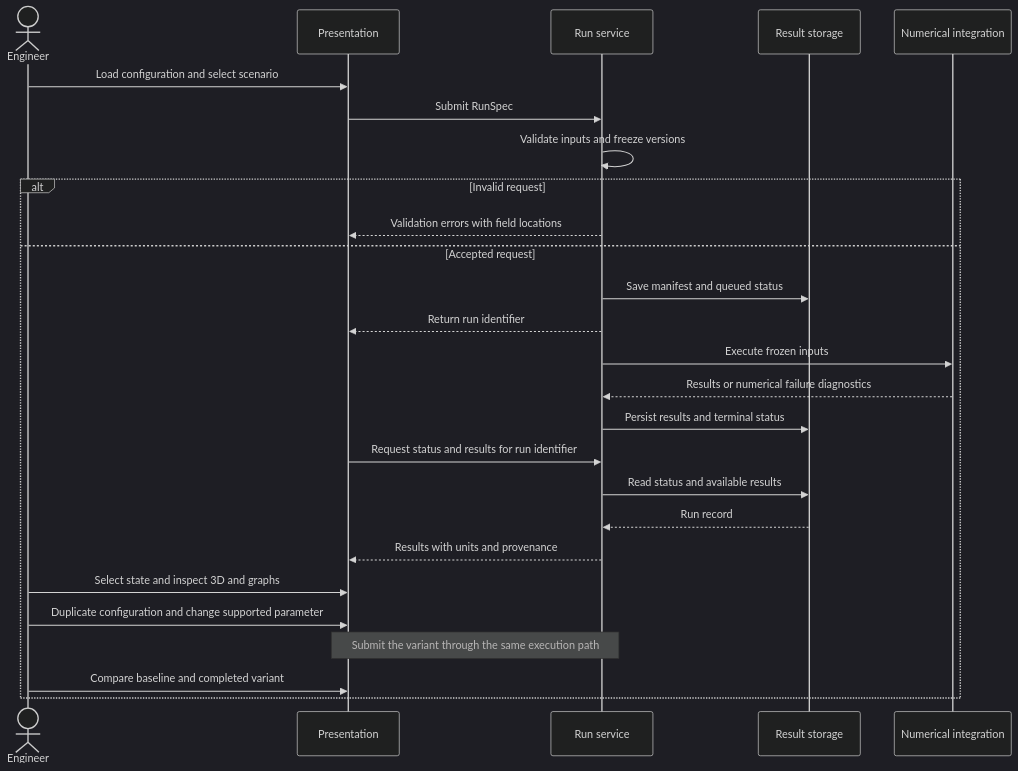
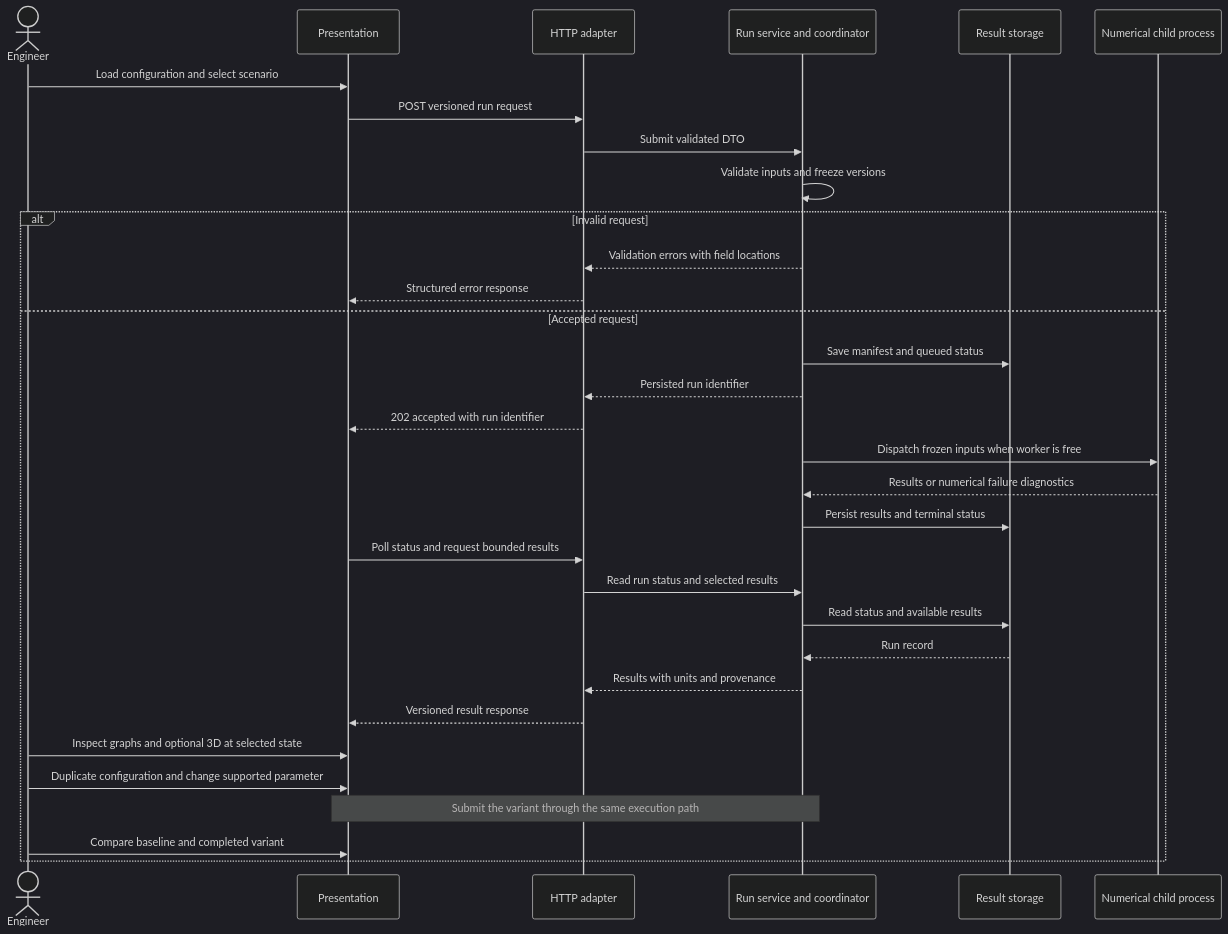
The third of 4 diagrams in docs/architecture/README.md (V-Twin-EIP/V-Twin), drawn with Mermaid (dark theme) before and after one commit. The commit also changed other lines of this file and 6 other files, not shown here.

Commit message:
docs: define local V1 architecture and replaceable engine contracts

````diff
--- a/docs/architecture/README.md
+++ b/docs/architecture/README.md
@@ -82,28 +106,34 @@
 ```mermaid
 sequenceDiagram
     actor Engineer
     participant UI as Presentation
-    participant App as Run service
+    participant API as HTTP adapter
+    participant App as Run service and coordinator
     participant Store as Result storage
-    participant Solver as Numerical integration
+    participant Solver as Numerical child process
     Engineer->>UI: Load configuration and select scenario
-    UI->>App: Submit RunSpec
+    UI->>API: POST versioned run request
+    API->>App: Submit validated DTO
     App->>App: Validate inputs and freeze versions
     alt Invalid request
-        App-->>UI: Validation errors with field locations
+        App-->>API: Validation errors with field locations
+        API-->>UI: Structured error response
     else Accepted request
         App->>Store: Save manifest and queued status
-        App-->>UI: Return run identifier
-        App->>Solver: Execute frozen inputs
+        App-->>API: Persisted run identifier
+        API-->>UI: 202 accepted with run identifier
+        App->>Solver: Dispatch frozen inputs when worker is free
         Solver-->>App: Results or numerical failure diagnostics
         App->>Store: Persist results and terminal status
-        UI->>App: Request status and results for run identifier
+        UI->>API: Poll status and request bounded results
+        API->>App: Read run status and selected results
         App->>Store: Read status and available results
         Store-->>App: Run record
-        App-->>UI: Results with units and provenance
-        Engineer->>UI: Select state and inspect 3D and graphs
+        App-->>API: Results with units and provenance
+        API-->>UI: Versioned result response
+        Engineer->>UI: Inspect graphs and optional 3D at selected state
         Engineer->>UI: Duplicate configuration and change supported parameter
         Note over UI,App: Submit the variant through the same execution path
         Engineer->>UI: Compare baseline and completed variant
     end
 ```
````
